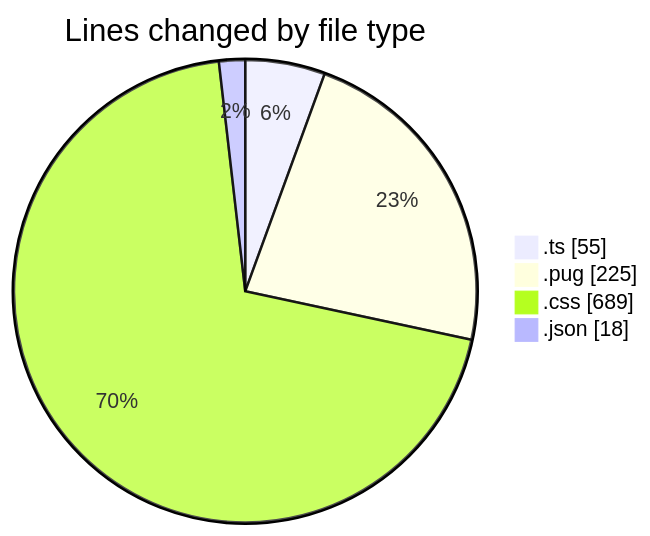
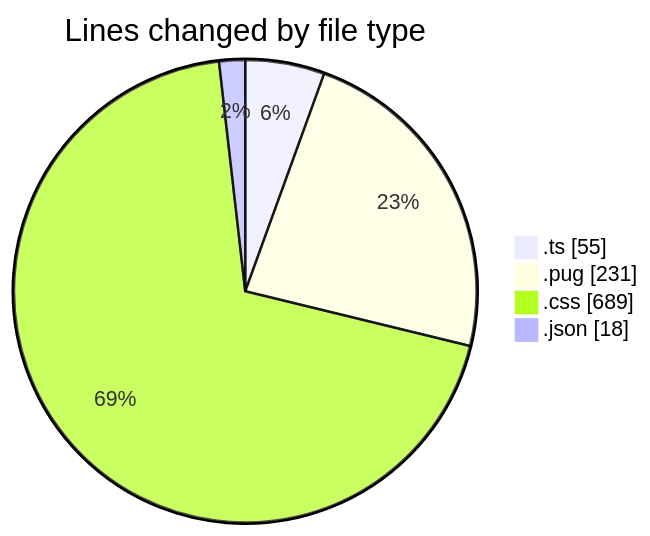
The first of 2 diagrams in 2025-10-31/cda/README.md (momahboobian/code-tracking), drawn with Mermaid before and after one commit. The commit also changed other lines of this file and 1 other file, not shown here.

````diff
--- a/2025-10-31/cda/README.md
+++ b/2025-10-31/cda/README.md
@@ -26,8 +26,8 @@
 ```mermaid
 pie showData
 title Lines changed by file type
 ".ts" : 55
-".pug" : 225
+".pug" : 231
 ".css" : 689
 ".json" : 18
 ```
````
